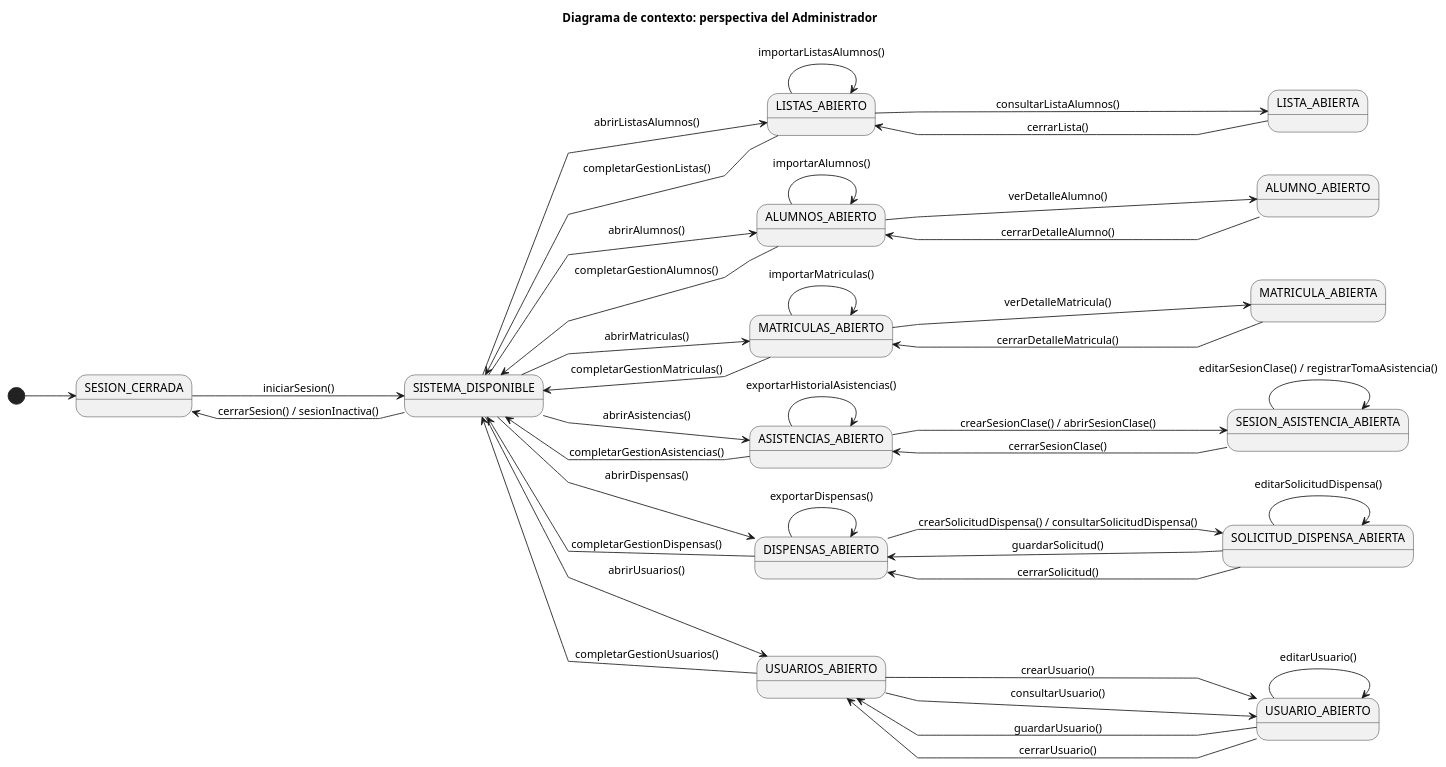
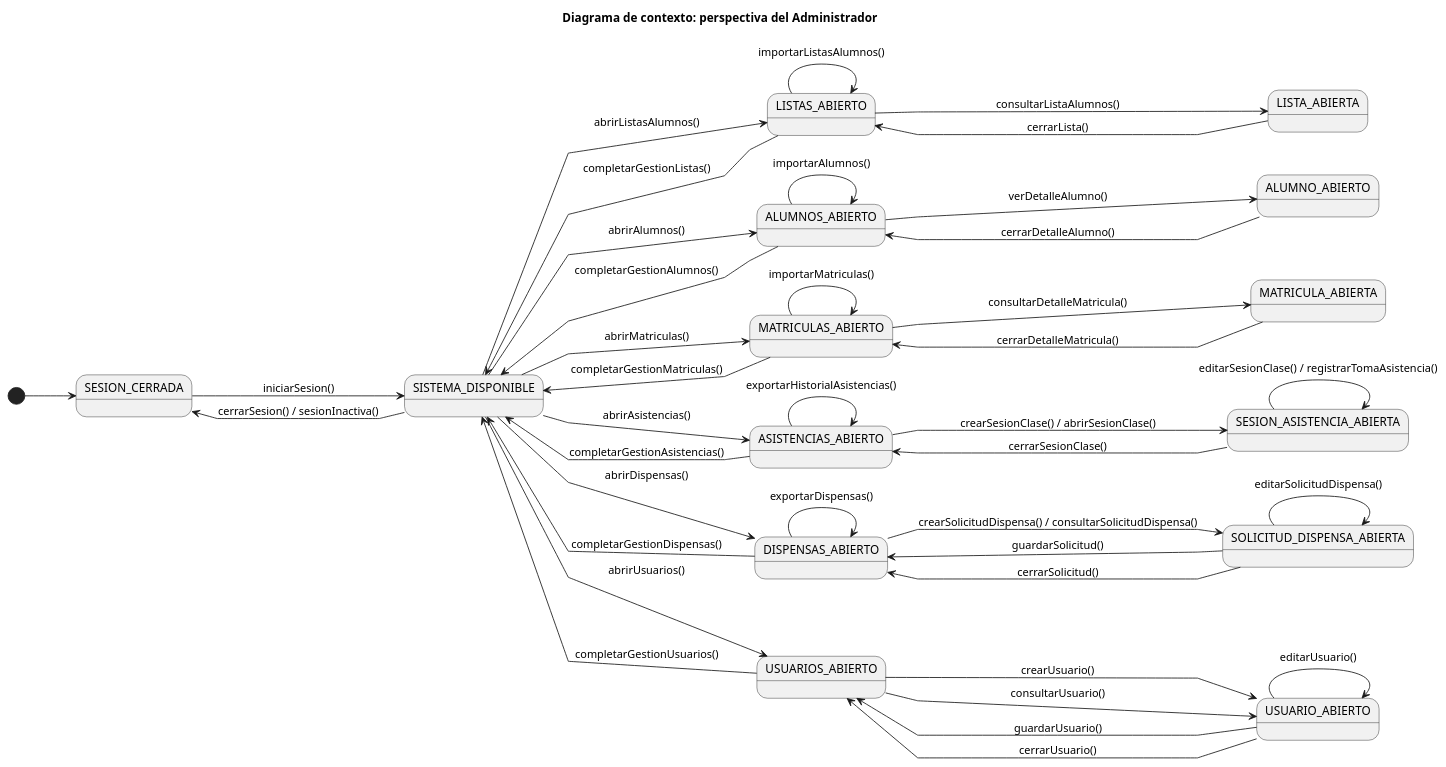
One commit to enmabry/25-26-IdSw1-SdR changed the diagram in documents/CasosDeUso/DiagramaDeContexto/DiagramaDeContexto.puml. Above: the diagram before and after it, drawn with PlantUML. The commit also changed 9 other files, not shown here.

Commit message:
Correción a la terminología 'consultar' para consultar el detalle de una matrícula

```diff
--- a/documents/CasosDeUso/DiagramaDeContexto/DiagramaDeContexto.puml
+++ b/documents/CasosDeUso/DiagramaDeContexto/DiagramaDeContexto.puml
@@ -1,84 +1,84 @@
 @startuml DiagramaDeContexto
 title Diagrama de contexto: perspectiva del Administrador
 left to right direction
 skinparam linetype polyline
 
 [*] --> SESION_CERRADA
 
 SESION_CERRADA --> SISTEMA_DISPONIBLE : iniciarSesion()
 SISTEMA_DISPONIBLE --> SESION_CERRADA : cerrarSesion() / sesionInactiva()
 
 '==========================================
 '  MÓDULO LISTAS DE ALUMNOS (solo importar + consulta)
 '==========================================
 SISTEMA_DISPONIBLE --> LISTAS_ABIERTO : abrirListasAlumnos()
 LISTAS_ABIERTO --> SISTEMA_DISPONIBLE : completarGestionListas()
 
 ' Importar todas las listas desde el sistema externo
 LISTAS_ABIERTO --> LISTAS_ABIERTO : importarListasAlumnos()
 
 ' Consultar el detalle de una lista (solo lectura)
 LISTAS_ABIERTO --> LISTA_ABIERTA : consultarListaAlumnos()
 LISTA_ABIERTA --> LISTAS_ABIERTO : cerrarLista()
 
 '==========================================
 '  MÓDULO ALUMNOS (solo importación y consulta)
 '==========================================
 SISTEMA_DISPONIBLE --> ALUMNOS_ABIERTO : abrirAlumnos()
 ALUMNOS_ABIERTO --> SISTEMA_DISPONIBLE : completarGestionAlumnos()
 
 ALUMNOS_ABIERTO --> ALUMNOS_ABIERTO : importarAlumnos()
 ALUMNOS_ABIERTO --> ALUMNO_ABIERTO : verDetalleAlumno()
 
 ALUMNO_ABIERTO --> ALUMNOS_ABIERTO : cerrarDetalleAlumno()
 
 '==========================================
 '  MÓDULO MATRÍCULAS (solo importación y consulta)
 '==========================================
 SISTEMA_DISPONIBLE --> MATRICULAS_ABIERTO : abrirMatriculas()
 MATRICULAS_ABIERTO --> SISTEMA_DISPONIBLE : completarGestionMatriculas()
 
 MATRICULAS_ABIERTO --> MATRICULAS_ABIERTO : importarMatriculas()
-MATRICULAS_ABIERTO --> MATRICULA_ABIERTA : verDetalleMatricula()
+MATRICULAS_ABIERTO --> MATRICULA_ABIERTA : consultarDetalleMatricula()
 
 MATRICULA_ABIERTA --> MATRICULAS_ABIERTO : cerrarDetalleMatricula()
 
 '==========================================
 '  MÓDULO ASISTENCIAS
 '==========================================
 SISTEMA_DISPONIBLE --> ASISTENCIAS_ABIERTO : abrirAsistencias()
 ASISTENCIAS_ABIERTO --> SISTEMA_DISPONIBLE : completarGestionAsistencias()
 
 ASISTENCIAS_ABIERTO --> ASISTENCIAS_ABIERTO        : exportarHistorialAsistencias()
 ASISTENCIAS_ABIERTO --> SESION_ASISTENCIA_ABIERTA : crearSesionClase() / abrirSesionClase()
 
 SESION_ASISTENCIA_ABIERTA --> SESION_ASISTENCIA_ABIERTA : editarSesionClase() / registrarTomaAsistencia()
 SESION_ASISTENCIA_ABIERTA --> ASISTENCIAS_ABIERTO      : cerrarSesionClase()
 
 '==========================================
 '  MÓDULO DISPENSAS
 '==========================================
 SISTEMA_DISPONIBLE --> DISPENSAS_ABIERTO : abrirDispensas()
 DISPENSAS_ABIERTO --> SISTEMA_DISPONIBLE : completarGestionDispensas()
 
 DISPENSAS_ABIERTO --> SOLICITUD_DISPENSA_ABIERTA : crearSolicitudDispensa() / consultarSolicitudDispensa()
 DISPENSAS_ABIERTO --> DISPENSAS_ABIERTO         : exportarDispensas()
 
 SOLICITUD_DISPENSA_ABIERTA --> SOLICITUD_DISPENSA_ABIERTA : editarSolicitudDispensa()
 SOLICITUD_DISPENSA_ABIERTA --> DISPENSAS_ABIERTO         : guardarSolicitud()
 SOLICITUD_DISPENSA_ABIERTA --> DISPENSAS_ABIERTO         : cerrarSolicitud()
 
 '==========================================
 '  MÓDULO USUARIOS Y ROLES (ADMINISTRADOR)
 '==========================================
 SISTEMA_DISPONIBLE --> USUARIOS_ABIERTO : abrirUsuarios()
 USUARIOS_ABIERTO --> SISTEMA_DISPONIBLE : completarGestionUsuarios()
 
 USUARIOS_ABIERTO --> USUARIO_ABIERTO : crearUsuario()
 USUARIOS_ABIERTO --> USUARIO_ABIERTO : consultarUsuario()
 
 USUARIO_ABIERTO --> USUARIO_ABIERTO   : editarUsuario()
 USUARIO_ABIERTO --> USUARIOS_ABIERTO  : guardarUsuario()
 USUARIO_ABIERTO --> USUARIOS_ABIERTO  : cerrarUsuario()
 
 @enduml
```
